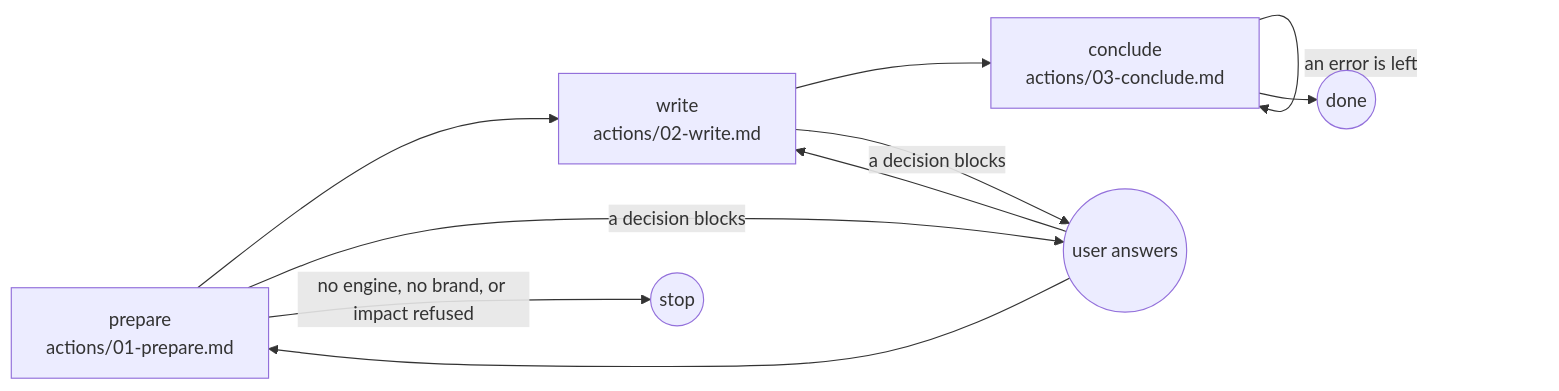
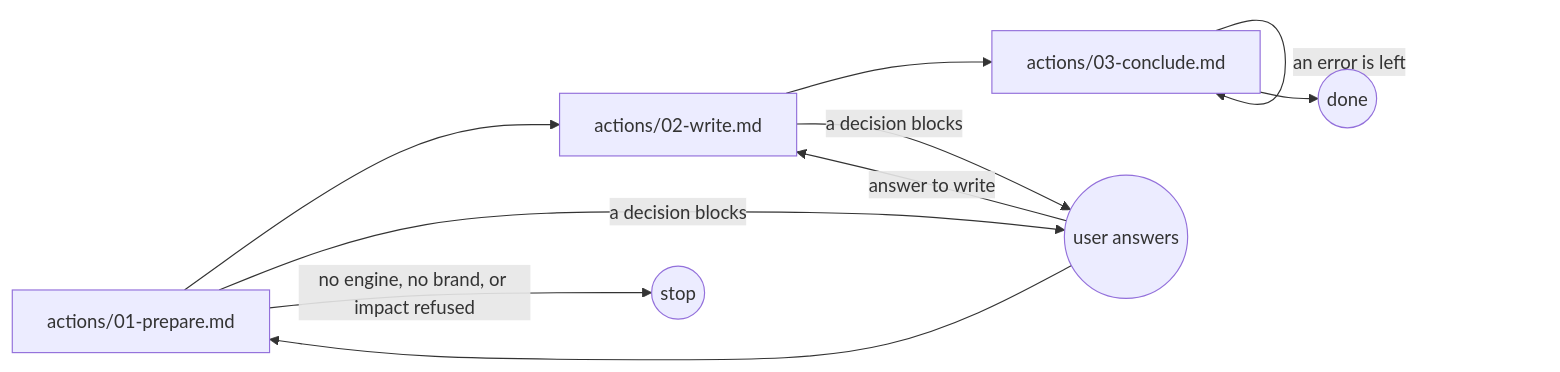
The diagram in plugins/aidd-ui/skills/03-foundations/SKILL.md (ai-driven-dev/framework), drawn with Mermaid before and after one commit. The commit also changed other lines of this file and 24 other files, not shown here.

````diff
--- a/plugins/aidd-ui/skills/03-foundations/SKILL.md
+++ b/plugins/aidd-ui/skills/03-foundations/SKILL.md
@@ -10,12 +8,12 @@
 ```mermaid
 flowchart LR
-  prepare["prepare<br>actions/01-prepare.md"] --> write["write<br>actions/02-write.md"]
-  write --> conclude["conclude<br>actions/03-conclude.md"]
+  prepare["actions/01-prepare.md"] --> write["actions/02-write.md"]
+  write --> conclude["actions/03-conclude.md"]
   prepare -->|"a decision blocks"| user((user answers))
   write -->|"a decision blocks"| user
   user --> prepare
-  user --> write
+  user -->|"answer to write"| write
   conclude -->|"an error is left"| conclude
   conclude --> done((done))
   prepare -->|"no engine, no brand, or impact refused"| stop((stop))
 ```
````
